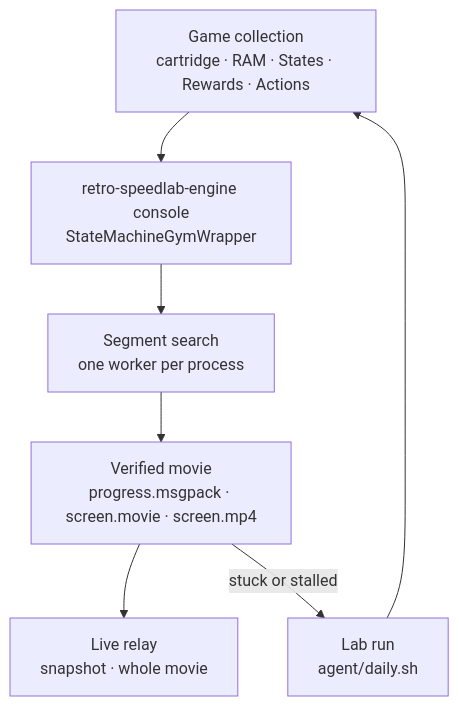
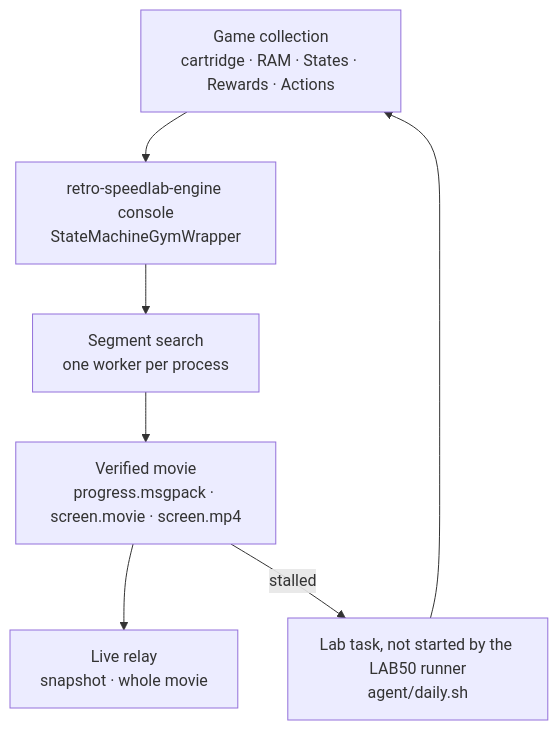
The diagram in README.md (datenwissenschaften/retro-speedlab-core), drawn with Mermaid before and after one commit. The commit also changed other lines of this file, not shown here.

Commit message:
docs: README describes the LAB50 search as it runs: worker roles, PPO off, no lab runs, not on PyPI

````diff
--- a/README.md
+++ b/README.md
@@ -37,16 +38,16 @@
 ```mermaid
 flowchart TD
     Game["Game collection<br/>cartridge · RAM · States · Rewards · Actions"]
     Env["retro-speedlab-engine console<br/>StateMachineGymWrapper"]
     Search["Segment search<br/>one worker per process"]
     Movie["Verified movie<br/>progress.msgpack · screen.movie · screen.mp4"]
     Relay["Live relay<br/>snapshot · whole movie"]
-    Lab["Lab run<br/>agent/daily.sh"]
+    Lab["Lab task, not started by the LAB50 runner<br/>agent/daily.sh"]
 
     Game --> Env
     Env --> Search
     Search --> Movie
     Movie --> Relay
-    Movie -- "stuck or stalled" --> Lab
+    Movie -- "stalled" --> Lab
     Lab --> Game
 ```
````
